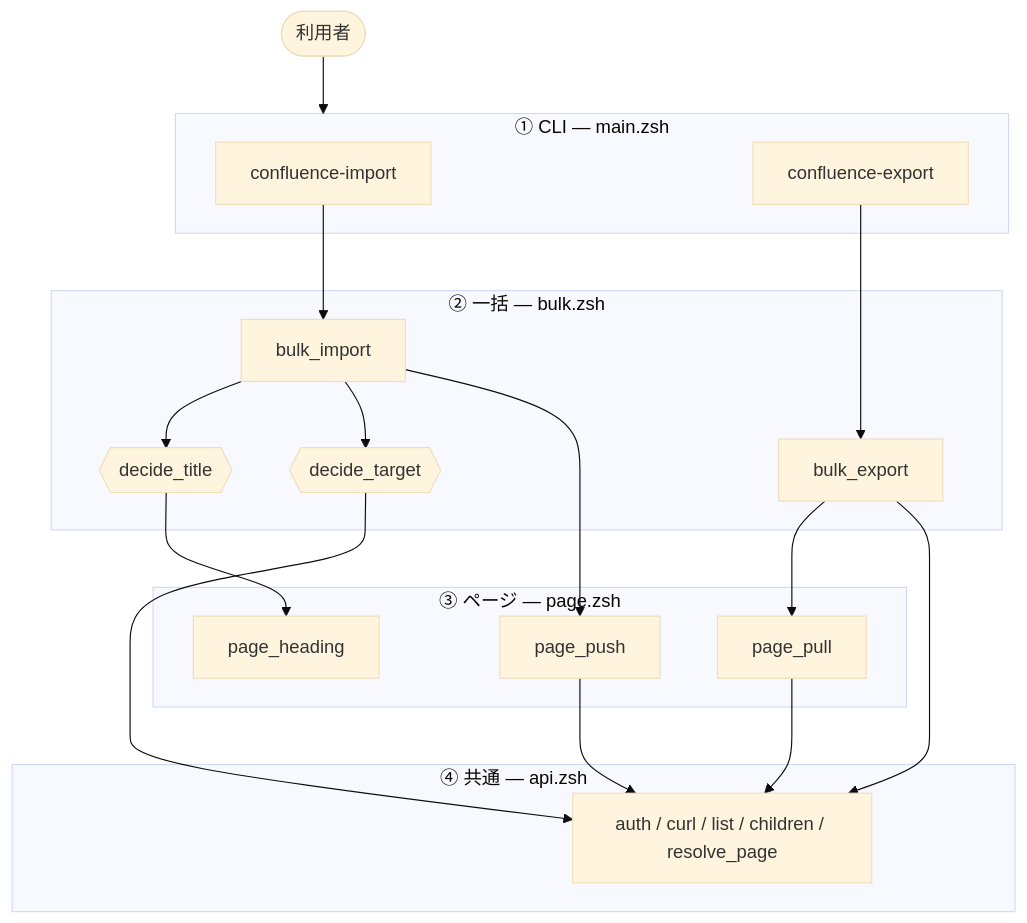
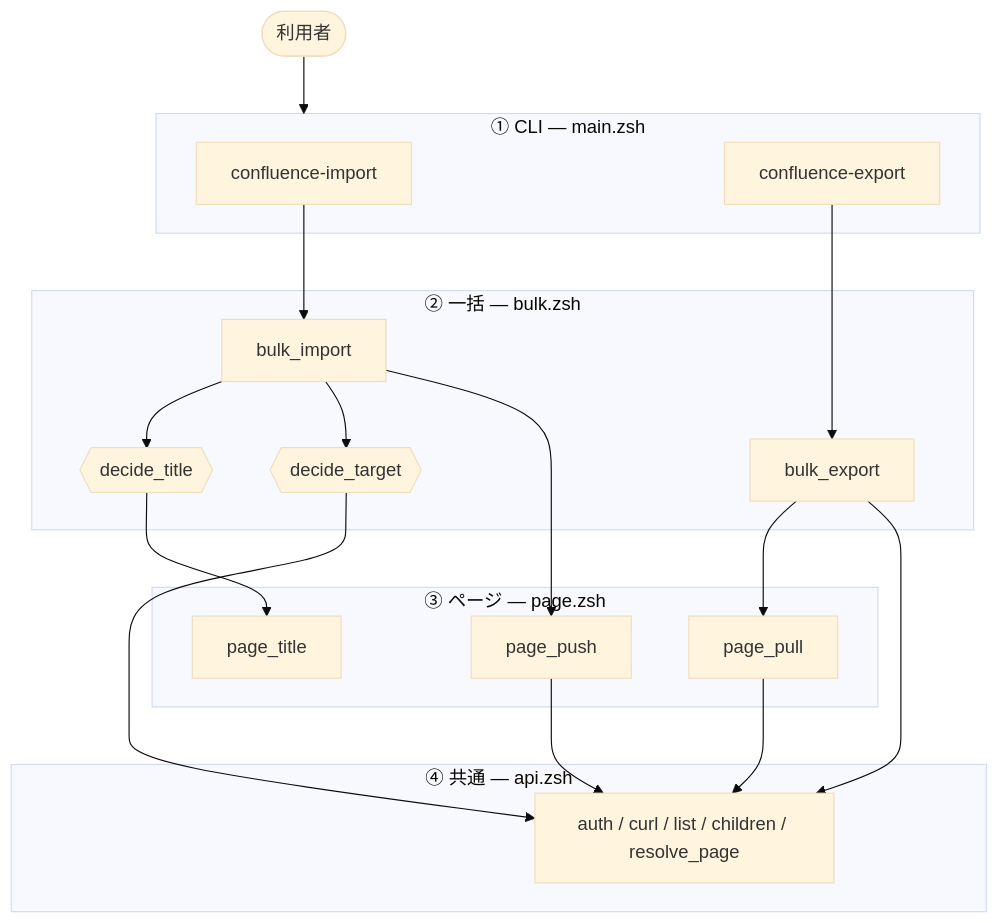
The second of 6 diagrams in src/80_confluence/refactoring.md (cr1315/.rayrc), drawn with Mermaid (base theme) before and after one commit. The commit also changed other lines of this file and 3 other files, not shown here.

````diff
--- a/src/80_confluence/refactoring.md
+++ b/src/80_confluence/refactoring.md
@@ -28,32 +29,32 @@
 ```mermaid
 flowchart TB
     U([利用者]) --> CLI
     subgraph CLI["① CLI — main.zsh"]
         I[confluence-import]
         E[confluence-export]
     end
     subgraph BULK["② 一括 — bulk.zsh"]
         BI[bulk_import]
         BE[bulk_export]
         DT{{decide_title}}
         DG{{decide_target}}
     end
     subgraph PAGE["③ ページ — page.zsh"]
         PP[page_push]
         PL[page_pull]
-        PH[page_heading]
+        PH[page_title]
     end
     subgraph API["④ 共通 — api.zsh"]
         A[auth / curl / list / children / resolve_page]
     end
     I --> BI
     E --> BE
     BI --> DT & DG
     BI --> PP
     BE --> PL
     DT --> PH
     DG --> A
     BE --> A
     PP --> A
     PL --> A
 ```
````
